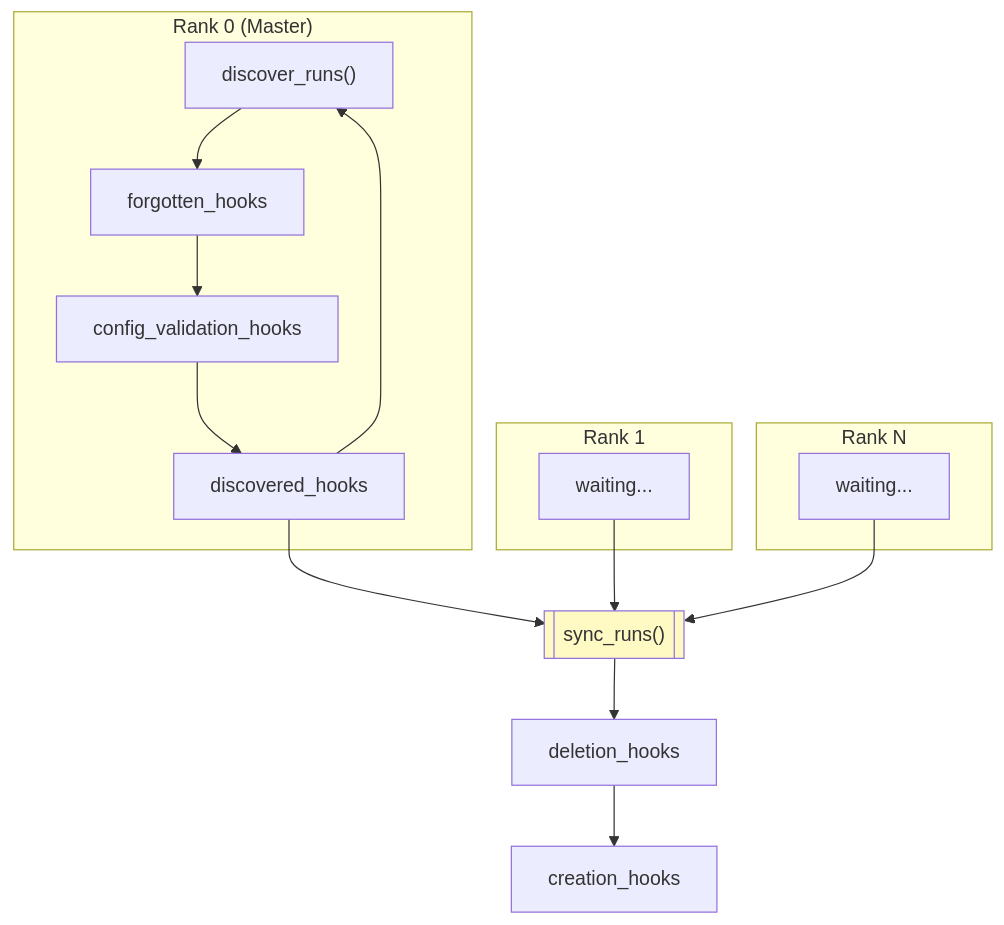
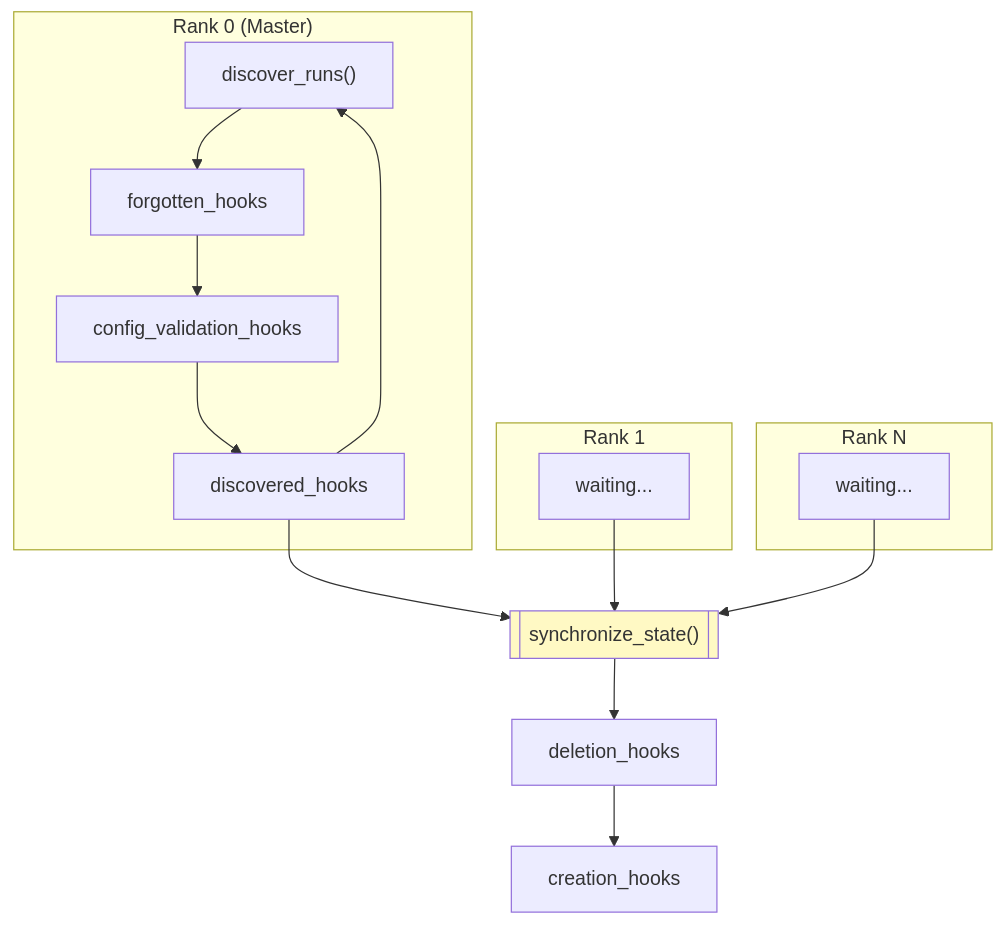
The diagram in docs/runs.md (PrimeIntellect-ai/prime-rl), drawn with Mermaid before and after one commit. The commit also changed other lines of this file and 3 other files, not shown here.

Commit message:
sync runs to synchronize state

````diff
--- a/docs/runs.md
+++ b/docs/runs.md
@@ -117,33 +117,33 @@
 ```mermaid
 flowchart TD
     subgraph master["Rank 0 (Master)"]
         discover["discover_runs()"]
         forgotten["forgotten_hooks"]
         validation["config_validation_hooks"]
         discovered["discovered_hooks"]
 
         discover --> forgotten
         forgotten --> validation
         validation --> discovered
         discovered --> discover
     end
 
     subgraph rank1["Rank 1"]
         wait1["waiting..."]
     end
 
     subgraph rankN["Rank N"]
         waitN["waiting..."]
     end
 
     discovered --> barrier
     wait1 --> barrier
     waitN --> barrier
 
-    barrier[["sync_runs()"]]
+    barrier[["synchronize_state()"]]
 
     barrier --> deletion["deletion_hooks"]
     deletion --> creation["creation_hooks"]
 
     style barrier fill:#fff9c4
 ```
````
